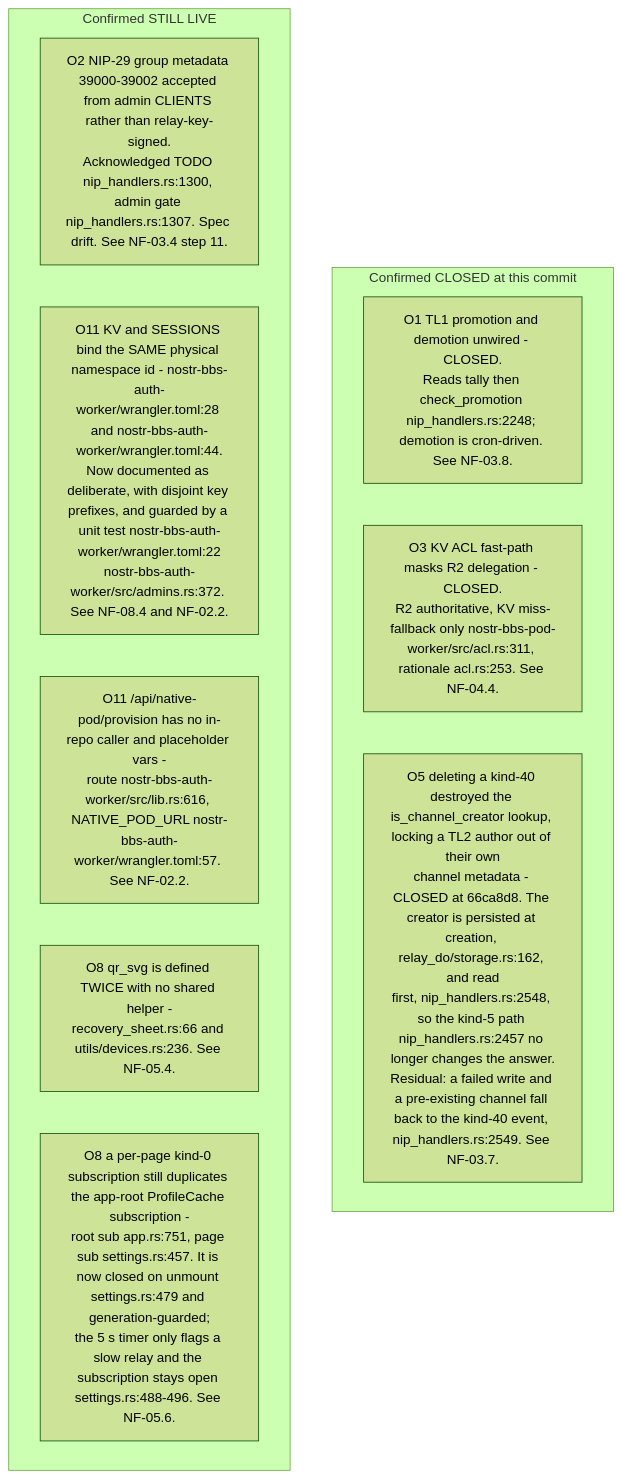
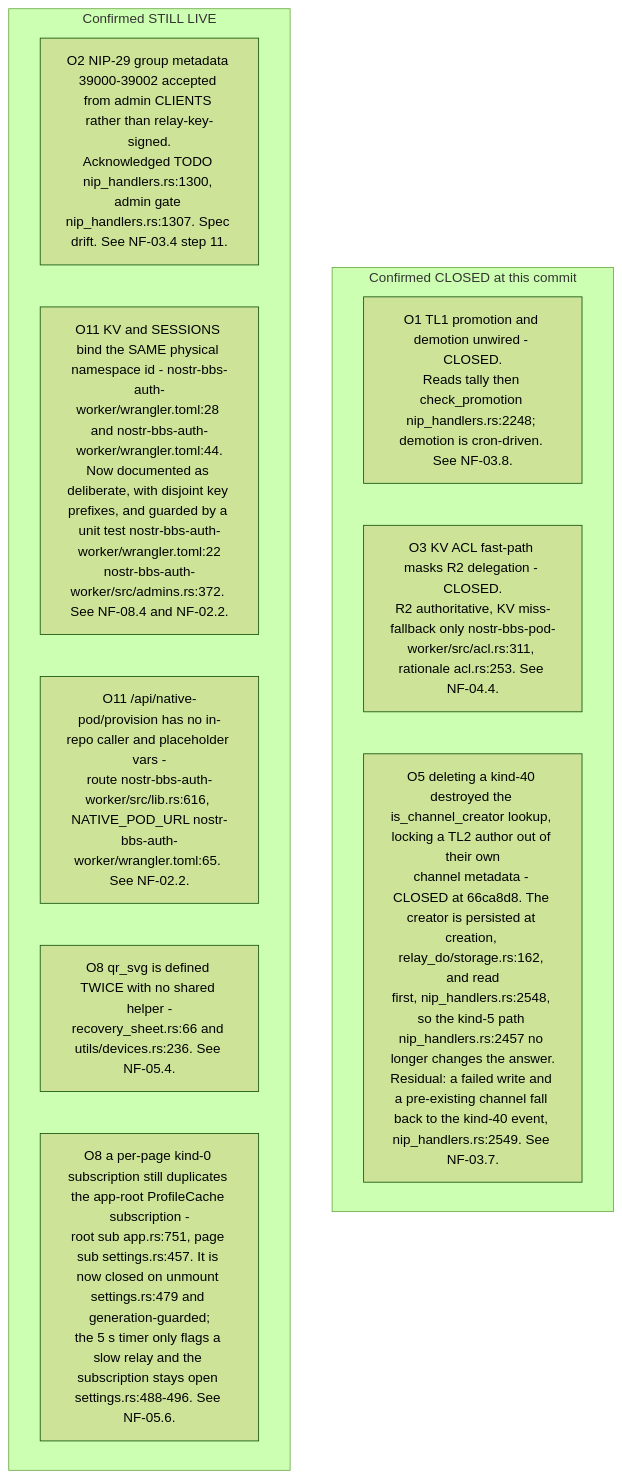
One commit to DreamLab-AI/VisionFlow changed the third of 10 diagrams in docs/diagrams/nostr-rust-forum/10-invariants-and-anomaly-register.md. Above: the diagram before and after it, drawn with Mermaid (forest theme). The commit also changed other lines of this file and 145 other files, not shown here.

````diff
--- a/docs/diagrams/nostr-rust-forum/10-invariants-and-anomaly-register.md
+++ b/docs/diagrams/nostr-rust-forum/10-invariants-and-anomaly-register.md
@@ -100,15 +100,15 @@
 ```mermaid
 flowchart TB
     subgraph closed["Confirmed CLOSED at this commit"]
         O1["O1 TL1 promotion and demotion unwired - CLOSED.<br/>Reads tally then check_promotion nip_handlers.rs:2248; demotion is cron-driven. See NF-03.8."]
         O3["O3 KV ACL fast-path masks R2 delegation - CLOSED.<br/>R2 authoritative, KV miss-fallback only nostr-bbs-pod-worker/src/acl.rs:311, rationale acl.rs:253. See NF-04.4."]
         O5["O5 deleting a kind-40 destroyed the is_channel_creator lookup, locking a TL2 author out of their own<br/>channel metadata - CLOSED at 66ca8d8. The creator is persisted at creation, relay_do/storage.rs:162, and read<br/>first, nip_handlers.rs:2548, so the kind-5 path nip_handlers.rs:2457 no longer changes the answer.<br/>Residual: a failed write and a pre-existing channel fall back to the kind-40 event, nip_handlers.rs:2549. See NF-03.7."]
     end
     subgraph live["Confirmed STILL LIVE"]
         O2["O2 NIP-29 group metadata 39000-39002 accepted from admin CLIENTS rather than relay-key-signed.<br/>Acknowledged TODO nip_handlers.rs:1300, admin gate nip_handlers.rs:1307. Spec drift. See NF-03.4 step 11."]
         O11a["O11 KV and SESSIONS bind the SAME physical namespace id - nostr-bbs-auth-worker/wrangler.toml:28 and nostr-bbs-auth-worker/wrangler.toml:44.<br/>Now documented as deliberate, with disjoint key prefixes, and guarded by a unit test nostr-bbs-auth-worker/wrangler.toml:22<br/>nostr-bbs-auth-worker/src/admins.rs:372. See NF-08.4 and NF-02.2."]
-        O11b["O11 /api/native-pod/provision has no in-repo caller and placeholder vars -<br/>route nostr-bbs-auth-worker/src/lib.rs:616, NATIVE_POD_URL nostr-bbs-auth-worker/wrangler.toml:57. See NF-02.2."]
+        O11b["O11 /api/native-pod/provision has no in-repo caller and placeholder vars -<br/>route nostr-bbs-auth-worker/src/lib.rs:616, NATIVE_POD_URL nostr-bbs-auth-worker/wrangler.toml:65. See NF-02.2."]
         O8a["O8 qr_svg is defined TWICE with no shared helper -<br/>recovery_sheet.rs:66 and utils/devices.rs:236. See NF-05.4."]
         O8b["O8 a per-page kind-0 subscription still duplicates the app-root ProfileCache subscription -<br/>root sub app.rs:751, page sub settings.rs:457. It is now closed on unmount settings.rs:479 and generation-guarded;<br/>the 5 s timer only flags a slow relay and the subscription stays open settings.rs:488-496. See NF-05.6."]
     end
 ```
````
